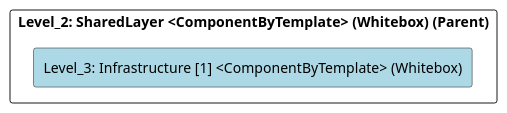
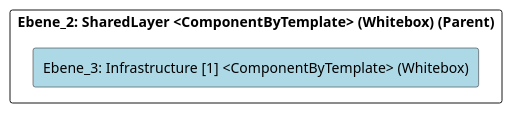
One commit to marcozwyssig/cleon changed the diagram in src/cleon.architecturemethods.arc42.sample/doc/cleon_architecturemethods_arc42_sample_software_microservice/adoc/en/05_building_block_view/microservicesample/sharedlayer/infrastructure_1/level_3_infrastructure_[1].adoc. Above: the diagram before and after it, drawn with PlantUML. The commit also changed other lines of this file and 214 other files, not shown here.

```diff
--- a/src/cleon.architecturemethods.arc42.sample/doc/cleon_architecturemethods_arc42_sample_software_microservice/adoc/en/05_building_block_view/microservicesample/sharedlayer/infrastructure_1/level_3_infrastructure_[1].adoc
+++ b/src/cleon.architecturemethods.arc42.sample/doc/cleon_architecturemethods_arc42_sample_software_microservice/adoc/en/05_building_block_view/microservicesample/sharedlayer/infrastructure_1/level_3_infrastructure_[1].adoc
@@ -20,24 +20,24 @@
-[plantuml, Level_3: Infrastructure [1] <ComponentByTemplate> (Whitebox)BlockOverview, format="svg"]
+[plantuml, Ebene_3: Infrastructure [1] <ComponentByTemplate> (Whitebox)BlockOverview, format="svg"]
 ----
-@startuml Level_3: Infrastructure [1] <ComponentByTemplate> (Whitebox)BuildingBlockOverview
+@startuml Ebene_3: Infrastructure [1] <ComponentByTemplate> (Whitebox)BuildingBlockOverview
 
 skinparam ranksep 10
 skinparam componentStyle rectangle
 skinparam shadowing false
 skinparam arrowColor lightblue
 skinparam arrowThickness 1.2
 skinparam rectangle {
   BackgroundColor White
   BorderColor #333
   RoundCorner 10
 }
 top to bottom direction
 
-component "Level_2: SharedLayer <ComponentByTemplate> (Whitebox) (Parent)" {
-    component "Level_3: Infrastructure [1] <ComponentByTemplate> (Whitebox)" #lightblue {
+component "Ebene_2: SharedLayer <ComponentByTemplate> (Whitebox) (Parent)" {
+    component "Ebene_3: Infrastructure [1] <ComponentByTemplate> (Whitebox)" #lightblue {
     }
 
 }
 
 @enduml
 ----
```
